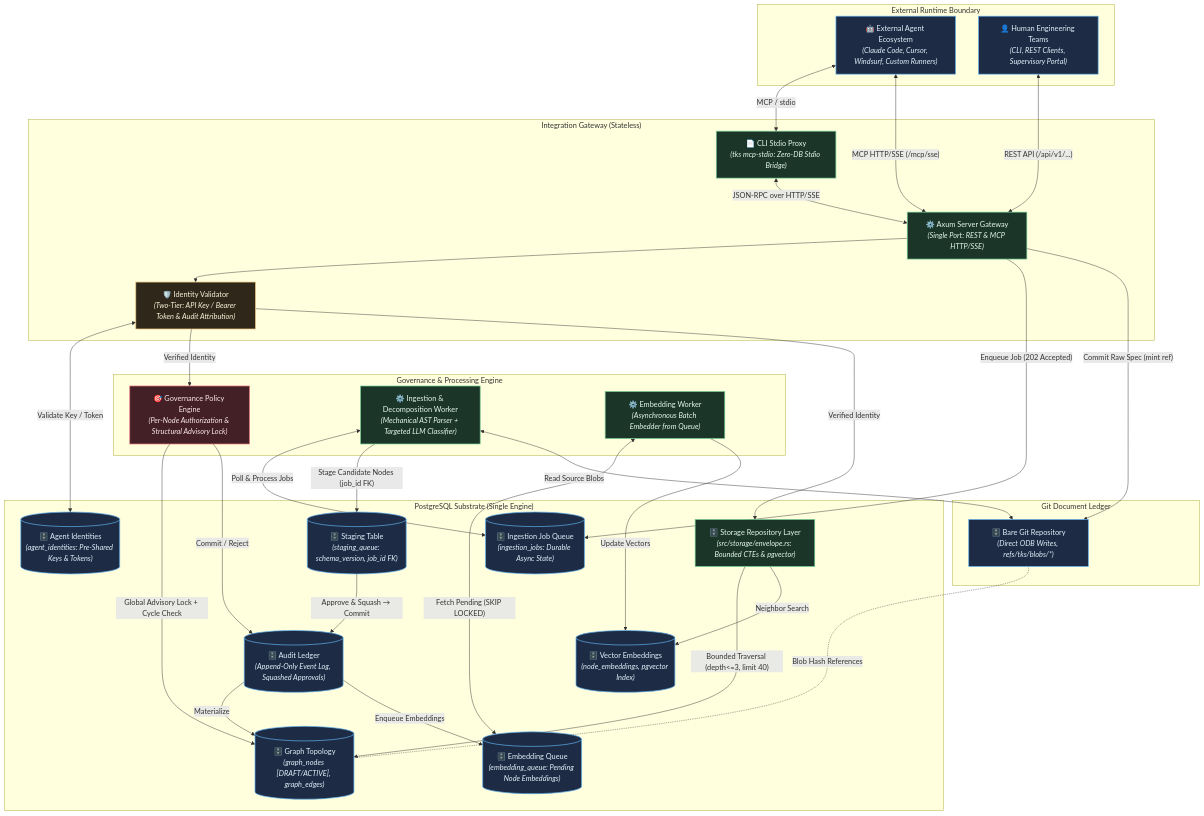
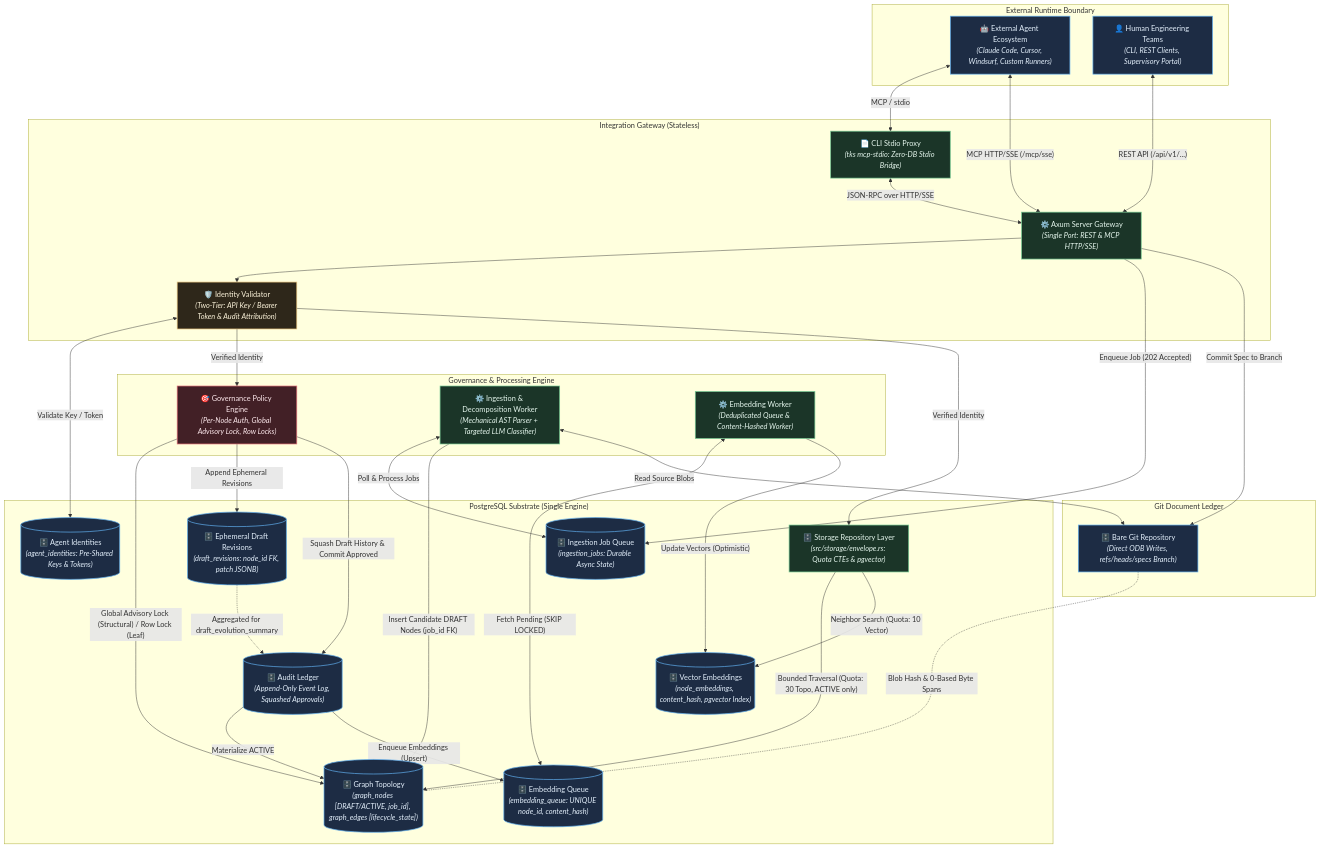
The diagram in docs/vision/architecture.md (Shapedsundew9/tks), drawn with Mermaid before and after one commit. The commit also changed other lines of this file and 4 other files, not shown here.

Commit message:
Architecture alignment: iteration 3 (LD: gemini-3.8-flash-high, Arch: gemini-3.8-flash-high)

````diff
--- a/docs/vision/architecture.md
+++ b/docs/vision/architecture.md
@@ -121,24 +122,24 @@
     end
 
     subgraph Core["Governance & Processing Engine"]
-        GovEngine["🎯 Governance Policy Engine<br/><i>(Per-Node Authorization & Structural Advisory Lock)</i>"]:::primary
+        GovEngine["🎯 Governance Policy Engine<br/><i>(Per-Node Auth, Global Advisory Lock, Row Locks)</i>"]:::primary
         DecompWorker["⚙️ Ingestion & Decomposition Worker<br/><i>(Mechanical AST Parser + Targeted LLM Classifier)</i>"]:::secondary
-        EmbedWorker["⚙️ Embedding Worker<br/><i>(Asynchronous Batch Embedder from Queue)</i>"]:::secondary
+        EmbedWorker["⚙️ Embedding Worker<br/><i>(Deduplicated Queue & Content-Hashed Worker)</i>"]:::secondary
     end
 
     subgraph Storage["PostgreSQL Substrate (Single Engine)"]
-        StorageRepo["🗄️ Storage Repository Layer<br/><i>(src/storage/envelope.rs: Bounded CTEs & pgvector)</i>"]:::secondary
-        GraphTopo[("🗄️ Graph Topology<br/><i>(graph_nodes [DRAFT/ACTIVE], graph_edges)</i>")]:::tertiary
-        VectorIdx[("🗄️ Vector Embeddings<br/><i>(node_embeddings, pgvector Index)</i>")]:::tertiary
+        StorageRepo["🗄️ Storage Repository Layer<br/><i>(src/storage/envelope.rs: Quota CTEs & pgvector)</i>"]:::secondary
+        GraphTopo[("🗄️ Graph Topology<br/><i>(graph_nodes [DRAFT/ACTIVE, job_id], graph_edges [lifecycle_state])</i>")]:::tertiary
+        DraftRevs[("🗄️ Ephemeral Draft Revisions<br/><i>(draft_revisions: node_id FK, patch JSONB)</i>")]:::tertiary
+        VectorIdx[("🗄️ Vector Embeddings<br/><i>(node_embeddings, content_hash, pgvector Index)</i>")]:::tertiary
         AuditLedger[("🗄️ Audit Ledger<br/><i>(Append-Only Event Log, Squashed Approvals)</i>")]:::tertiary
-        StagingTable[("🗄️ Staging Table<br/><i>(staging_queue: schema_version, job_id FK)</i>")]:::tertiary
         JobQueue[("🗄️ Ingestion Job Queue<br/><i>(ingestion_jobs: Durable Async State)</i>")]:::tertiary
-        EmbedQueue[("🗄️ Embedding Queue<br/><i>(embedding_queue: Pending Node Embeddings)</i>")]:::tertiary
+        EmbedQueue[("🗄️ Embedding Queue<br/><i>(embedding_queue: UNIQUE node_id, content_hash)</i>")]:::tertiary
         Identities[("🗄️ Agent Identities<br/><i>(agent_identities: Pre-Shared Keys & Tokens)</i>")]:::tertiary
     end
 
     subgraph DocStore["Git Document Ledger"]
-        GitRepo["🗄️ Bare Git Repository<br/><i>(Direct ODB Writes, refs/tks/blobs/*)</i>"]:::tertiary
+        GitRepo["🗄️ Bare Git Repository<br/><i>(Direct ODB Writes, refs/heads/specs Branch)</i>"]:::tertiary
     end
 
     Agents <-->|"MCP / stdio"| CLIAdapter
@@ -150,18 +151,19 @@
     AuthN -->|"Verified Identity"| GovEngine
     AuthN -->|"Verified Identity"| StorageRepo
     AxumServer -->|"Enqueue Job (202 Accepted)"| JobQueue
-    AxumServer -->|"Commit Raw Spec (mint ref)"| GitRepo
+    AxumServer -->|"Commit Spec to Branch"| GitRepo
     DecompWorker <-->|"Poll & Process Jobs"| JobQueue
-    DecompWorker -->|"Stage Candidate Nodes (job_id FK)"| StagingTable
+    DecompWorker -->|"Insert Candidate DRAFT Nodes (job_id FK)"| GraphTopo
     DecompWorker <-->|"Read Source Blobs"| GitRepo
-    GovEngine -->|"Global Advisory Lock + Cycle Check"| GraphTopo
-    GovEngine -->|"Commit / Reject"| AuditLedger
-    AuditLedger -->|"Materialize"| GraphTopo
-    AuditLedger -->|"Enqueue Embeddings"| EmbedQueue
+    GovEngine -->|"Global Advisory Lock (Structural) / Row Lock (Leaf)"| GraphTopo
+    GovEngine -->|"Append Ephemeral Revisions"| DraftRevs
+    GovEngine -->|"Squash Draft History & Commit Approved"| AuditLedger
+    AuditLedger -->|"Materialize ACTIVE"| GraphTopo
+    AuditLedger -->|"Enqueue Embeddings (Upsert)"| EmbedQueue
     EmbedWorker <-->|"Fetch Pending (SKIP LOCKED)"| EmbedQueue
-    EmbedWorker -->|"Update Vectors"| VectorIdx
-    StorageRepo -->|"Bounded Traversal (depth<=3, limit 40)"| GraphTopo
-    StorageRepo -->|"Neighbor Search"| VectorIdx
-    StagingTable -->|"Approve & Squash → Commit"| AuditLedger
-    GitRepo -.-|"Blob Hash References"| GraphTopo
+    EmbedWorker -->|"Update Vectors (Optimistic)"| VectorIdx
+    StorageRepo -->|"Bounded Traversal (Quota: 30 Topo, ACTIVE only)"| GraphTopo
+    StorageRepo -->|"Neighbor Search (Quota: 10 Vector)"| VectorIdx
+    DraftRevs -.->|"Aggregated for draft_evolution_summary"| AuditLedger
+    GitRepo -.-|"Blob Hash & 0-Based Byte Spans"| GraphTopo
 ```
````
